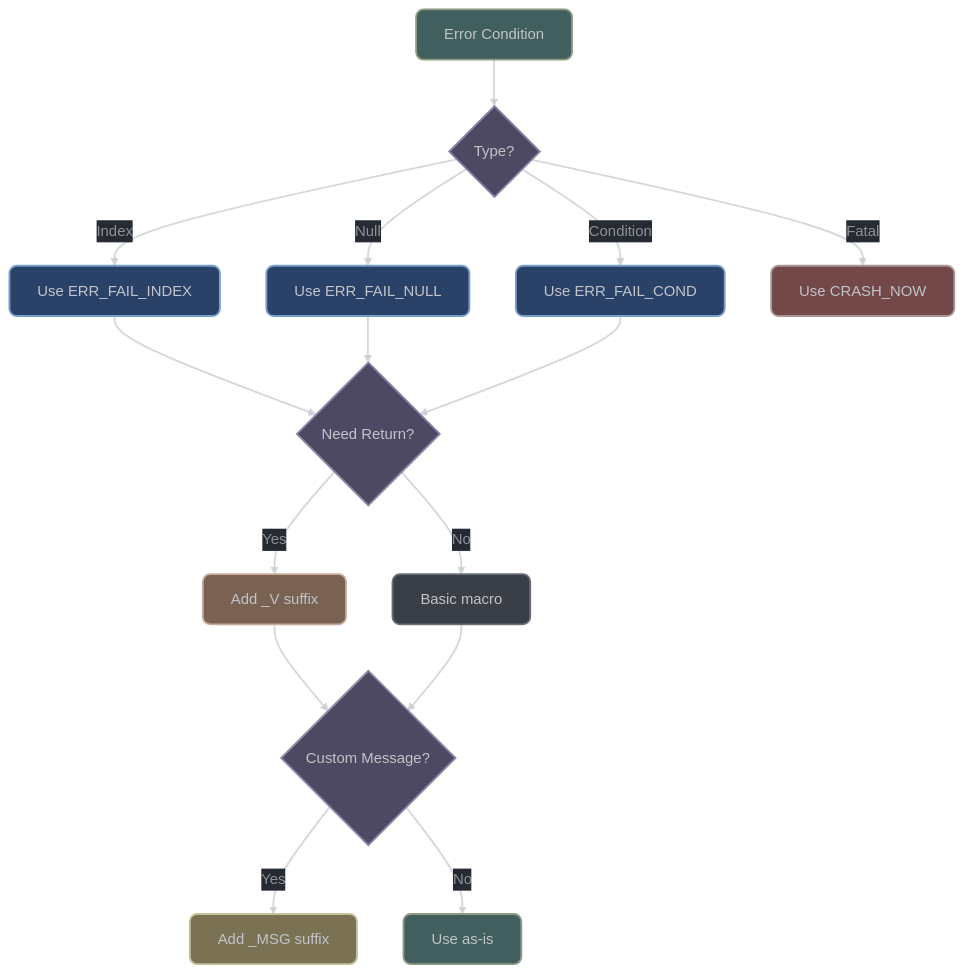
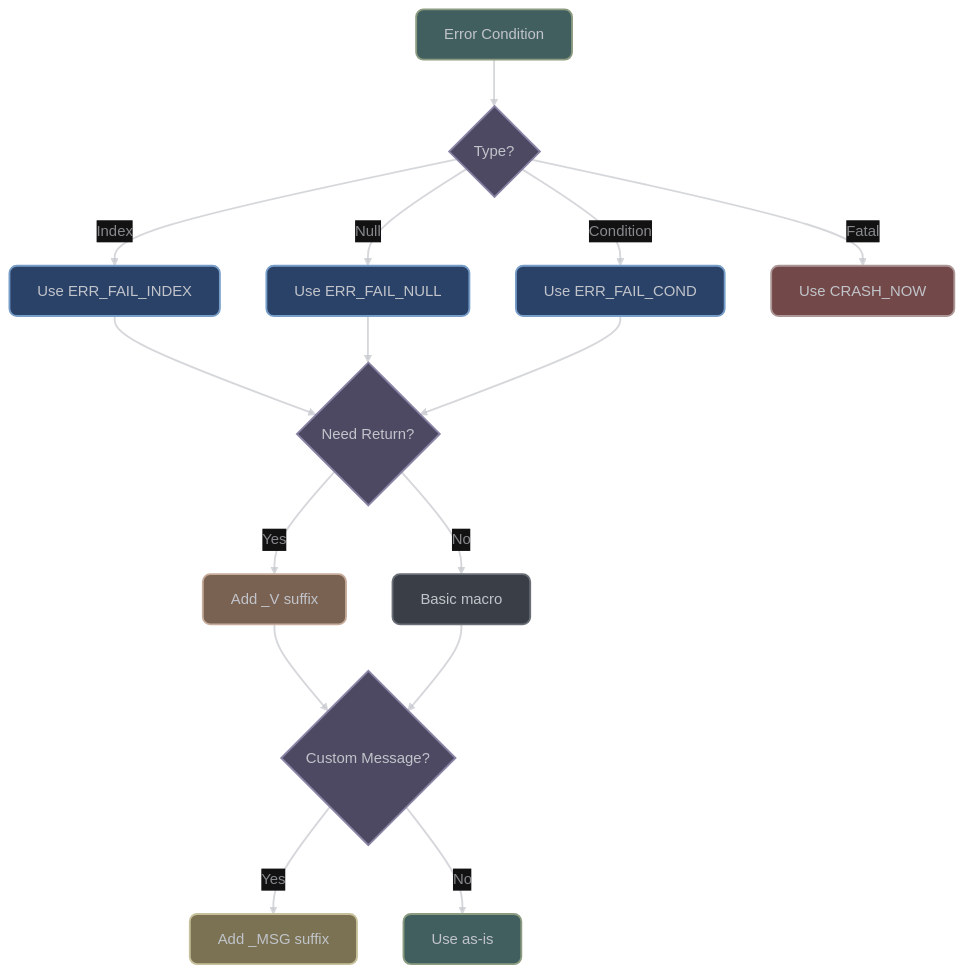
One commit to vorlac/gdextension-docs changed the diagram in docs/advanced_topics/error-debugging.md. Above: the diagram before and after it, drawn with Mermaid. The commit also changed other lines of this file and 23 other files, not shown here.

````diff
--- a/docs/advanced_topics/error-debugging.md
+++ b/docs/advanced_topics/error-debugging.md
@@ -31,56 +16,53 @@
 ```mermaid
 ---
 config:
     theme: 'base'
     curve: 'straight'
     themeVariables:
         darkMode: true
         clusterBkg: '#22272f62'
         clusterBorder: '#6a6f77ff'
         clusterTextColor: '#6a6f77ff'
-        lineColor: '#C1C4CAAA'
-        background: '#262B33'
-        primaryColor: '#2b4268ff'
-        primaryTextColor: '#C1C4CAff'
+        lineColor: '#ffffff'
+        primaryTextColor: '#ffffff'
         primaryBorderColor: '#6a6f77ff'
-        nodeTextColor: '#C1C4CA'
-        defaultLinkColor: '#C1C4CA'
-        edgeLabelBackground: '#262B33'
-        flowchart:
-            curve: 'basis'
+        nodeTextColor: '#ffffff'
+        defaultLinkColor: '#ffffff'
+        edgeLabelBackground: '#121212'
+        tertiaryTextColor: '#C1C4CA'
 ---
 flowchart TD
     A[Error Condition] --> B{Type?}
     B --> |Index| C[Use ERR_FAIL_INDEX]
     B --> |Null| D[Use ERR_FAIL_NULL]
     B --> |Condition| E[Use ERR_FAIL_COND]
     B --> |Fatal| F[Use CRASH_NOW]
 
     C --> G{Need Return?}
     D --> G
     E --> G
 
     G --> |Yes| H[Add _V suffix]
     G --> |No| I[Basic macro]
 
     H --> J{Custom Message?}
     I --> J
 
     J --> |Yes| K[Add _MSG suffix]
     J --> |No| L[Use as-is]
 
     linkStyle default stroke:#C1C4CAaa,stroke-width:2px,color:#C1C4CAaa
 
     style A fill:#425f5fff,stroke:#8c9c81ff,stroke-width:2px,color:#C1C4CA,rx:8,ry:8
     style B fill:#4d4962ff,stroke:#8983a5ff,stroke-width:2px,color:#C1C4CA,rx:8,ry:8
     style C fill:#2b4268ff,stroke:#779DC9ff,stroke-width:2px,color:#C1C4CA,rx:8,ry:8
     style D fill:#2b4268ff,stroke:#779DC9ff,stroke-width:2px,color:#C1C4CA,rx:8,ry:8
     style E fill:#2b4268ff,stroke:#779DC9ff,stroke-width:2px,color:#C1C4CA,rx:8,ry:8
     style F fill:#724848ff,stroke:#ac9696ff,stroke-width:2px,color:#C1C4CA,rx:8,ry:8
     style G fill:#4d4962ff,stroke:#8983a5ff,stroke-width:2px,color:#C1C4CA,rx:8,ry:8
     style H fill:#7a6253ff,stroke:#c7ac9bff,stroke-width:2px,color:#C1C4CA,rx:8,ry:8
     style I fill:#3a3f47ff,stroke:#6a6f77ff,stroke-width:2px,color:#C1C4CA,rx:8,ry:8
     style J fill:#4d4962ff,stroke:#8983a5ff,stroke-width:2px,color:#C1C4CA,rx:8,ry:8
     style K fill:#7a7253ff,stroke:#c7c19bff,stroke-width:2px,color:#C1C4CA,rx:8,ry:8
     style L fill:#425f5fff,stroke:#8c9c81ff,stroke-width:2px,color:#C1C4CA,rx:8,ry:8
 ```
````
